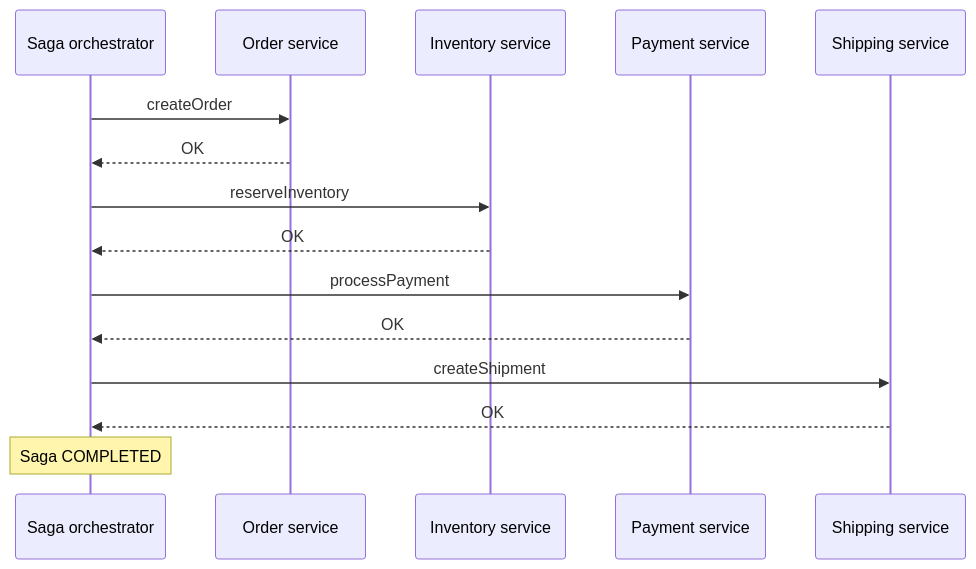
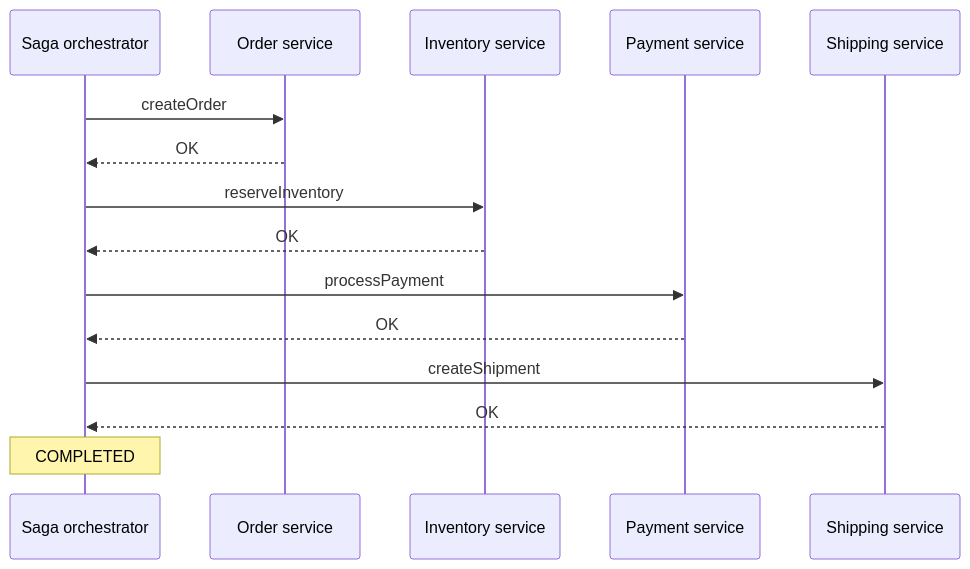
Before and after one commit to hareramcse/SystemDesign: diagram 21 of 22 in 08-microservices/README.md, drawn with Mermaid. The commit also changed other lines of this file and 14 other files, not shown here.

````diff
--- a/08-microservices/README.md
+++ b/08-microservices/README.md
@@ -3099,18 +1898,17 @@
 ```mermaid
 sequenceDiagram
     participant Orch as Saga orchestrator
     participant O as Order service
     participant I as Inventory service
     participant P as Payment service
     participant S as Shipping service
-
     Orch->>O: createOrder
     O-->>Orch: OK
     Orch->>I: reserveInventory
     I-->>Orch: OK
     Orch->>P: processPayment
     P-->>Orch: OK
     Orch->>S: createShipment
     S-->>Orch: OK
-    Note over Orch: Saga COMPLETED
+    Note over Orch: COMPLETED
 ```
````
